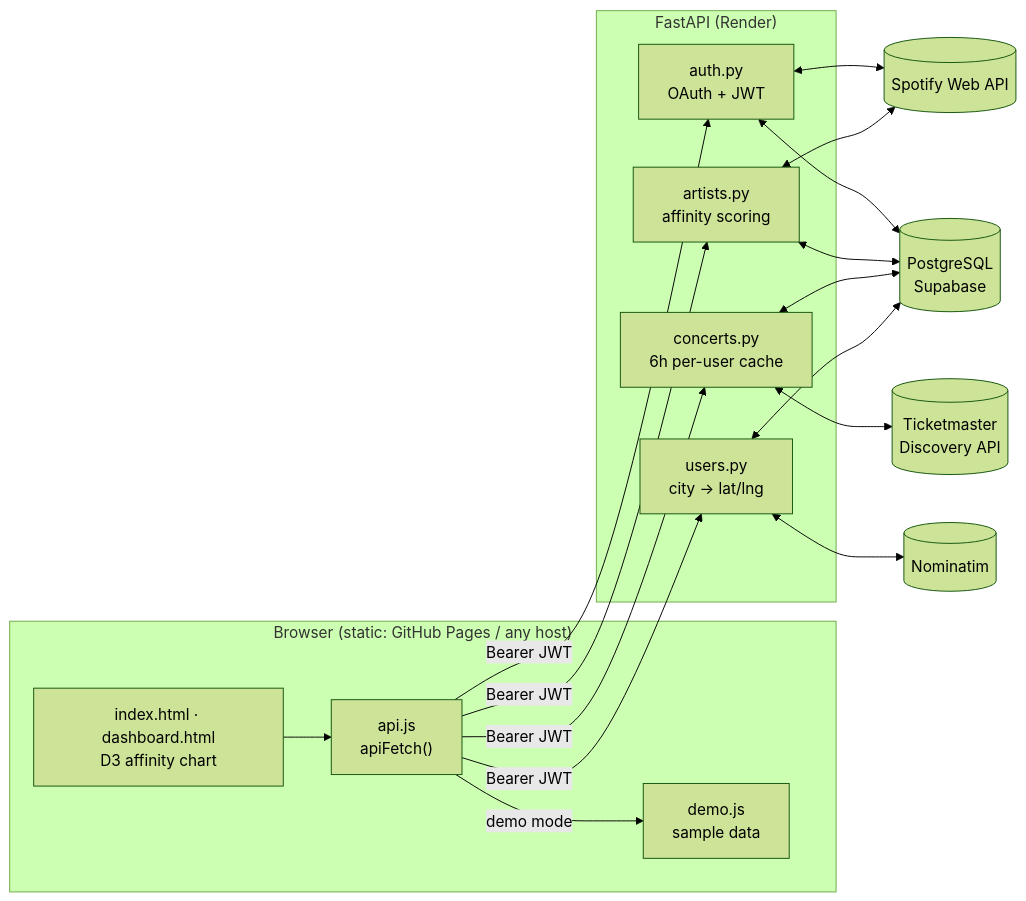
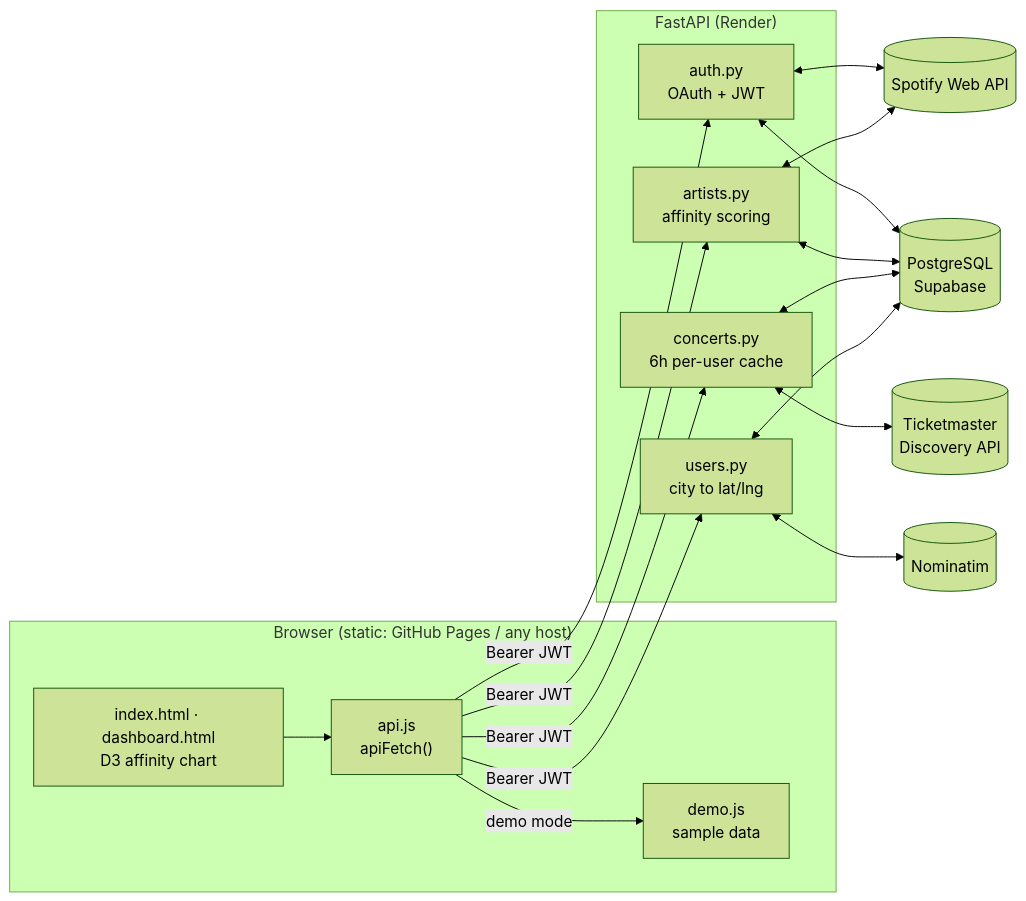
Before and after one commit to ShawnJoshua03/concert-radar: the diagram in README.md, drawn with Mermaid (forest theme). The commit also changed other lines of this file and 9 other files, not shown here.

````diff
--- a/README.md
+++ b/README.md
@@ -94,24 +89,24 @@
 ```mermaid
 flowchart LR
     subgraph Browser["Browser (static: GitHub Pages / any host)"]
         UI["index.html · dashboard.html<br/>D3 affinity chart"]
         API["api.js<br/>apiFetch()"]
         DEMO["demo.js<br/>sample data"]
         UI --> API
         API -- "demo mode" --> DEMO
     end
 
     subgraph Backend["FastAPI (Render)"]
         AUTH["auth.py<br/>OAuth + JWT"]
         ART["artists.py<br/>affinity scoring"]
         CON["concerts.py<br/>6h per-user cache"]
-        USR["users.py<br/>city → lat/lng"]
+        USR["users.py<br/>city to lat/lng"]
     end
 
     API -- "Bearer JWT" --> AUTH & ART & CON & USR
     AUTH <--> SP[(Spotify Web API)]
     ART <--> SP
     CON <--> TM[(Ticketmaster<br/>Discovery API)]
     USR <--> OSM[(Nominatim)]
     AUTH & ART & CON & USR <--> DB[(PostgreSQL<br/>Supabase)]
 ```
````
